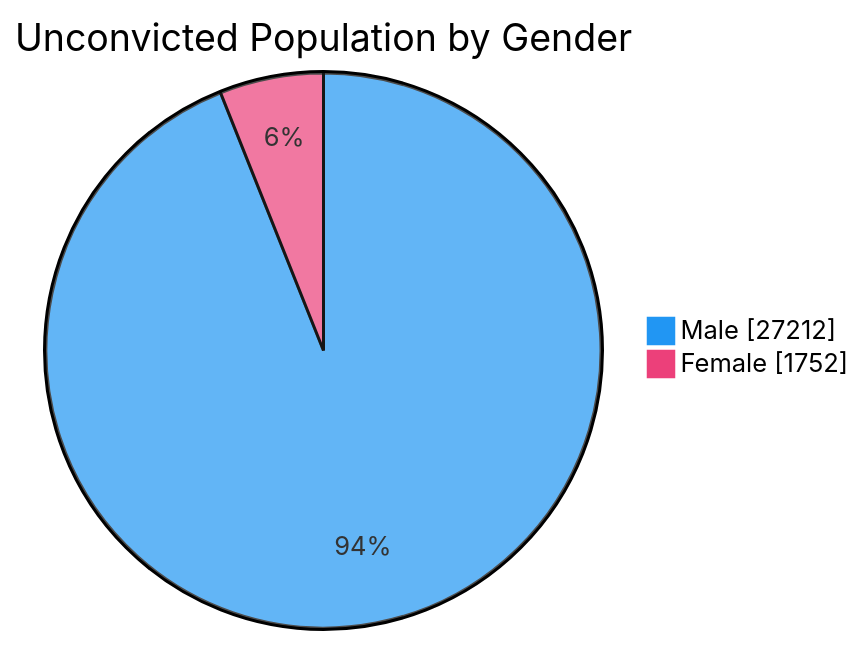
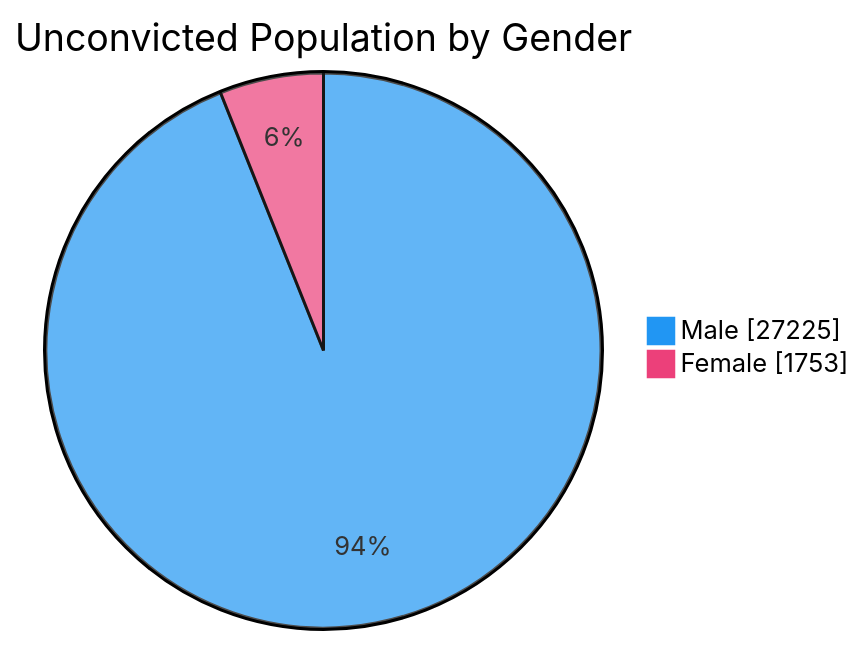
Before and after one commit to nuuuwan/lk_prisons: the fourth of 7 diagrams in README.md, drawn with Mermaid. The commit also changed other lines of this file and 1 other file, not shown here.

````diff
--- a/README.md
+++ b/README.md
@@ -76,6 +76,6 @@
 ```mermaid
 %%{init: {'themeVariables': {'pie1': '#2196F3', 'pie2': '#EC407A'}}}%%
 pie showData title Unconvicted Population by Gender
-    "Male" : 27212
-    "Female" : 1752
+    "Male" : 27225
+    "Female" : 1753
 ```
````
